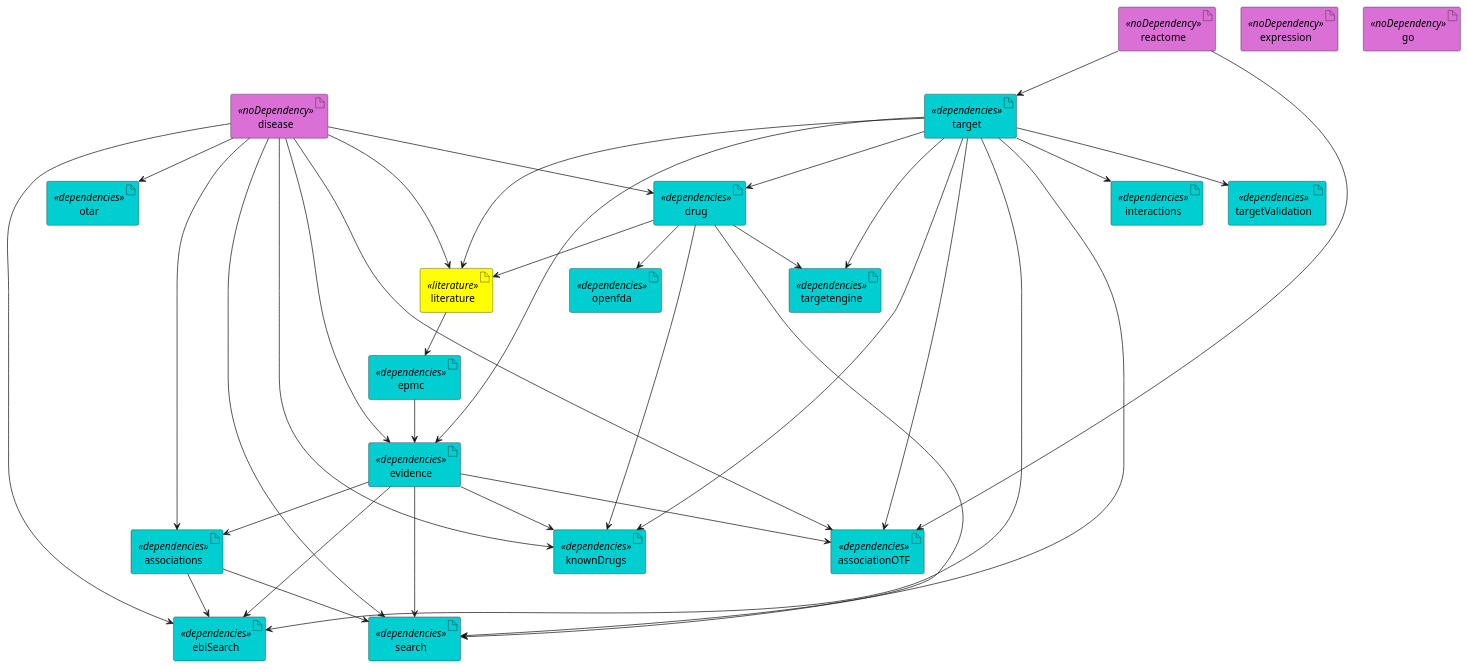
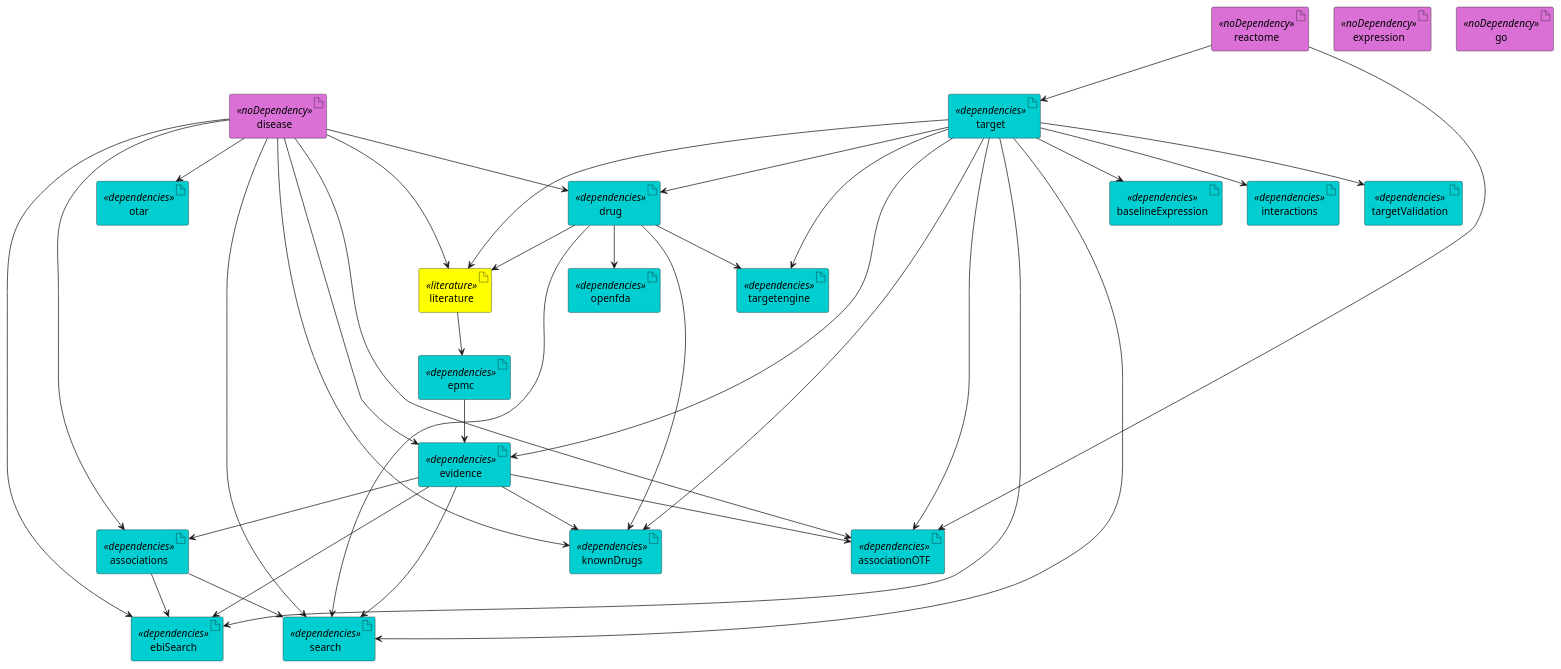
Before and after one commit to opentargets/platform-etl-backend: the diagram in documentation/etl_current.puml, drawn with PlantUML. The commit also changed 2 other files, not shown here.

Commit message:
add baselineExpression to workflow config add baselineExpression to documentation

```diff
--- a/documentation/etl_current.puml
+++ b/documentation/etl_current.puml
@@ -1,76 +1,79 @@
 @startuml
 skinparam interface {
     backgroundColor<<input>> darkblue
     backgroundColor<<output>> cyan
 }
 skinparam artifact {
      backgroundColor<<noDependency>> orchid
      backgroundColor<<dependencies>> darkturquoise
      backgroundColor<<literature>> yellow
  }
 ' steps
 artifact literature <<literature>>
 artifact associations <<dependencies>>
 artifact associationOTF <<dependencies>>
 artifact disease <<noDependency>>
 artifact drug <<dependencies>>
 artifact epmc <<dependencies>>
 artifact evidence <<dependencies>>
 artifact expression <<noDependency>>
+artifact baselineExpression <<dependencies>>
 artifact go <<noDependency>>
 artifact interactions <<dependencies>>
 artifact knownDrugs <<dependencies>>
 artifact targetValidation<<dependencies>>
 artifact reactome <<noDependency>>
 artifact search <<dependencies>>
 artifact target <<dependencies>>
 artifact openfda <<dependencies>>
 artifact ebiSearch <<dependencies>>
 artifact otar <<dependencies>>
 artifact targetengine <<dependencies>>
 
 disease --> otar
 reactome --> target
 
 evidence --> associations
 disease --> associations
 
 reactome --> associationOTF
 evidence --> associationOTF
 disease --> associationOTF
 target --> associationOTF
 
 target --> drug
 disease --> drug
 target --> evidence
 disease --> evidence
 
 evidence --> knownDrugs
 disease --> knownDrugs
 target --> knownDrugs
 drug --> knownDrugs
 
 evidence --> search
 disease --> search
 target --> search
 drug --> search
 associations --> search
 
 target --> interactions
 target --> targetengine
 target --> targetValidation
 
+target --> baselineExpression
+
 drug --> openfda
 drug --> targetengine
 
 disease --> ebiSearch
 target --> ebiSearch
 evidence --> ebiSearch
 associations --> ebiSearch
 
 epmc --> evidence
 literature --> epmc
 target --> literature
 drug --> literature
 disease --> literature
 @enduml
```
